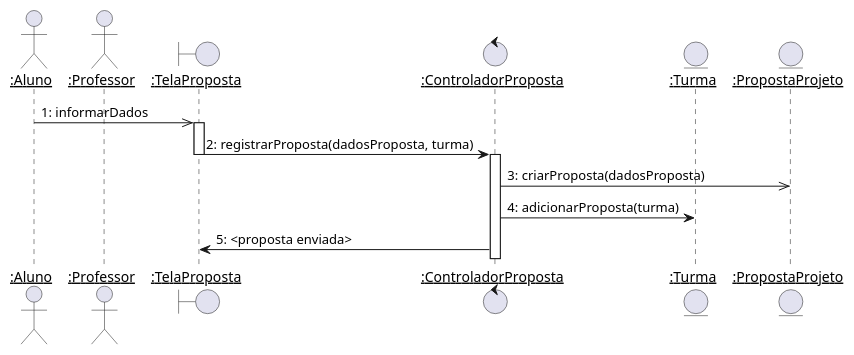
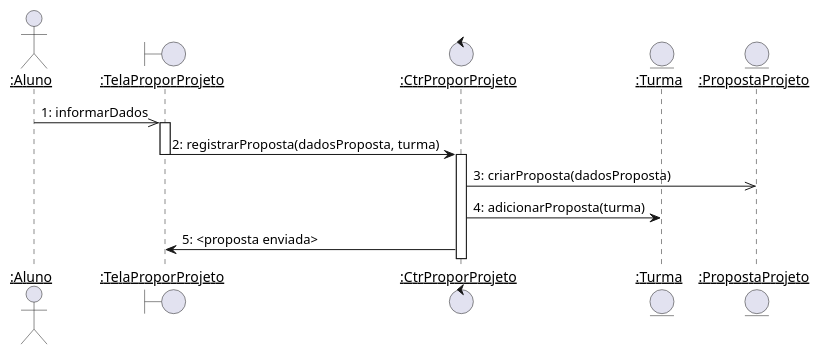
The diagram in diagramas/sequencia/propor_projeto.puml (Pedro-V/projetorium), drawn with PlantUML before and after one commit. The commit also changed 18 other files, not shown here.

```diff
--- a/diagramas/sequencia/propor_projeto.puml
+++ b/diagramas/sequencia/propor_projeto.puml
@@ -1,19 +1,15 @@
 @startuml
 skinparam sequenceParticipant underline
 
 actor ":Aluno" as Aluno
-actor ":Professor" as Professor
-boundary ":TelaProposta" as TelaProposta
-control ":ControladorProposta" as ControladorProposta
+boundary ":TelaProporProjeto" as TelaProporProjeto
+control ":CtrProporProjeto" as CtrProporProjeto
 entity ":Turma" as Turma
 entity ":PropostaProjeto" as PropostaProjeto
 
-Aluno ->> TelaProposta ++: 1: informarDados
-TelaProposta -> ControladorProposta --++: 2: registrarProposta(dadosProposta, turma)
-ControladorProposta ->> PropostaProjeto : 3: criarProposta(dadosProposta)
-ControladorProposta -> Turma : 4: adicionarProposta(turma)
-ControladorProposta -> TelaProposta : 5: <proposta enviada>
-
-
-
+Aluno ->> TelaProporProjeto ++: 1: informarDados
+TelaProporProjeto -> CtrProporProjeto --++: 2: registrarProposta(dadosProposta, turma)
+CtrProporProjeto ->> PropostaProjeto : 3: criarProposta(dadosProposta)
+CtrProporProjeto -> Turma : 4: adicionarProposta(turma)
+CtrProporProjeto -> TelaProporProjeto : 5: <proposta enviada>
 @enduml
```
